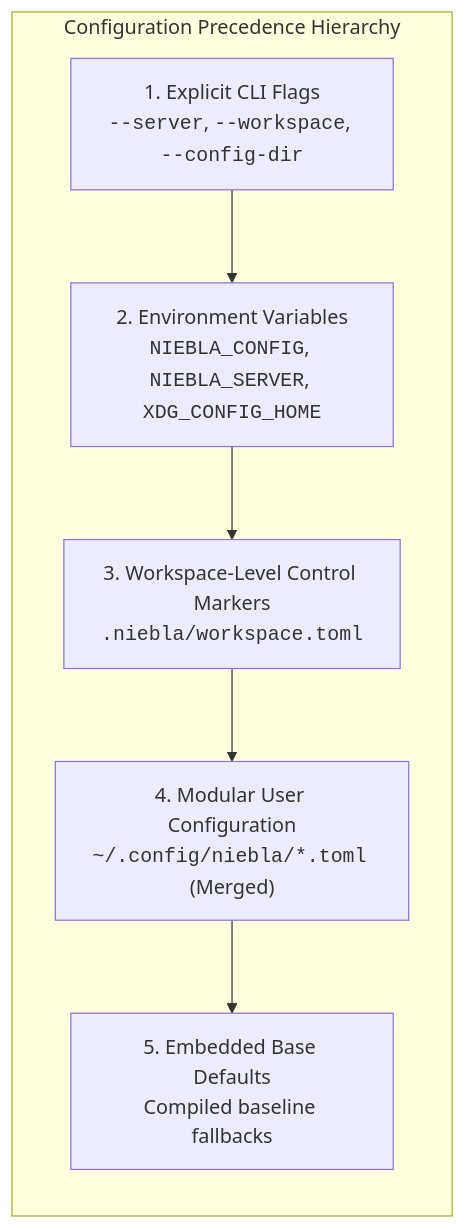
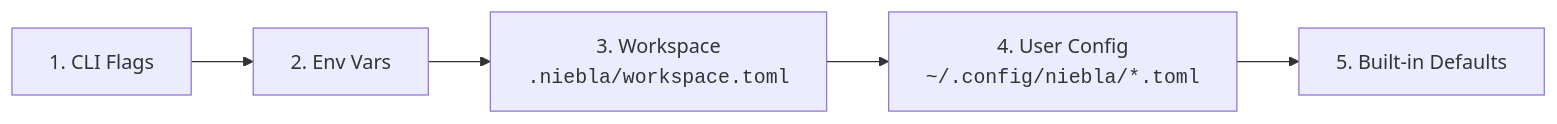
The diagram in docs-site/src/content/docs/reference/configuration.md (mrtnzjsh/niebla), drawn with Mermaid before and after one commit. The commit also changed other lines of this file and 40 other files, not shown here.

````diff
--- a/docs-site/src/content/docs/reference/configuration.md
+++ b/docs-site/src/content/docs/reference/configuration.md
@@ -23,12 +14,4 @@
 ```mermaid
-flowchart TD
-    subgraph Precedence["Configuration Precedence Hierarchy"]
-        direction TB
-        P1["1. Explicit CLI Flags<br/><code>--server</code>, <code>--workspace</code>, <code>--config-dir</code>"]
-        P2["2. Environment Variables<br/><code>NIEBLA_CONFIG</code>, <code>NIEBLA_SERVER</code>, <code>XDG_CONFIG_HOME</code>"]
-        P3["3. Workspace-Level Control Markers<br/><code>.niebla/workspace.toml</code>"]
-        P4["4. Modular User Configuration<br/><code>~/.config/niebla/*.toml</code> (Merged)"]
-        P5["5. Embedded Base Defaults<br/>Compiled baseline fallbacks"]
-        P1 --> P2 --> P3 --> P4 --> P5
-    end
+flowchart LR
+    P1["1. CLI Flags"] --> P2["2. Env Vars"] --> P3["3. Workspace<br/><code>.niebla/workspace.toml</code>"] --> P4["4. User Config<br/><code>~/.config/niebla/*.toml</code>"] --> P5["5. Built-in Defaults"]
 ```
````
